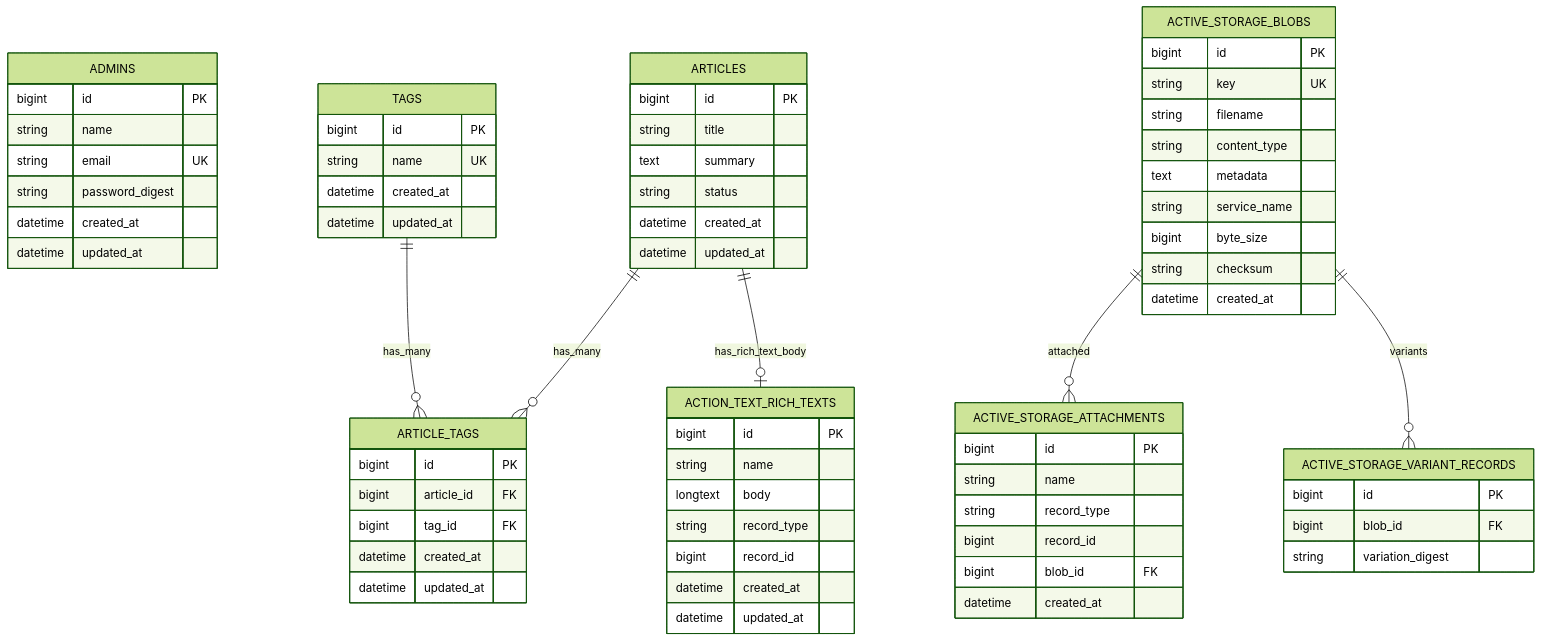
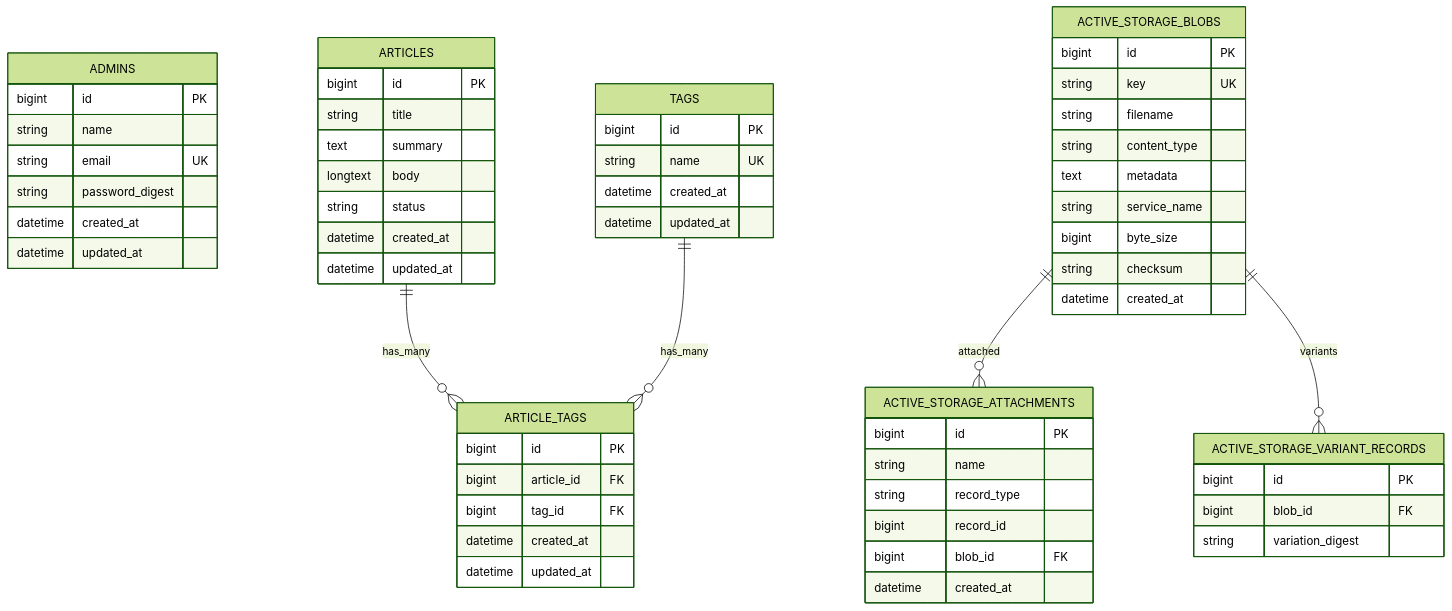
Before and after one commit to kouichiiijima-saori/first-data-science: the diagram in docs/database-design.md, drawn with Mermaid (forest theme). The commit also changed other lines of this file and 4 other files, not shown here.

````diff
--- a/docs/database-design.md
+++ b/docs/database-design.md
@@ -321,78 +294,68 @@
 ```mermaid
 erDiagram
   ADMINS {
     bigint id PK
     string name
     string email UK
     string password_digest
     datetime created_at
     datetime updated_at
   }
 
   ARTICLES {
     bigint id PK
     string title
     text summary
+    longtext body
     string status
     datetime created_at
     datetime updated_at
   }
 
   TAGS {
     bigint id PK
     string name UK
     datetime created_at
     datetime updated_at
   }
 
   ARTICLE_TAGS {
     bigint id PK
     bigint article_id FK
     bigint tag_id FK
-    datetime created_at
-    datetime updated_at
-  }
-
-  ACTION_TEXT_RICH_TEXTS {
-    bigint id PK
-    string name
-    longtext body
-    string record_type
-    bigint record_id
     datetime created_at
     datetime updated_at
   }
 
   ACTIVE_STORAGE_BLOBS {
     bigint id PK
     string key UK
     string filename
     string content_type
     text metadata
     string service_name
     bigint byte_size
     string checksum
     datetime created_at
   }
 
   ACTIVE_STORAGE_ATTACHMENTS {
     bigint id PK
     string name
     string record_type
     bigint record_id
     bigint blob_id FK
     datetime created_at
   }
 
   ACTIVE_STORAGE_VARIANT_RECORDS {
     bigint id PK
     bigint blob_id FK
     string variation_digest
   }
 
   ARTICLES ||--o{ ARTICLE_TAGS : has_many
   TAGS ||--o{ ARTICLE_TAGS : has_many
-  ARTICLES ||--o| ACTION_TEXT_RICH_TEXTS : has_rich_text_body
   ACTIVE_STORAGE_BLOBS ||--o{ ACTIVE_STORAGE_ATTACHMENTS : attached
   ACTIVE_STORAGE_BLOBS ||--o{ ACTIVE_STORAGE_VARIANT_RECORDS : variants
 ```
````
